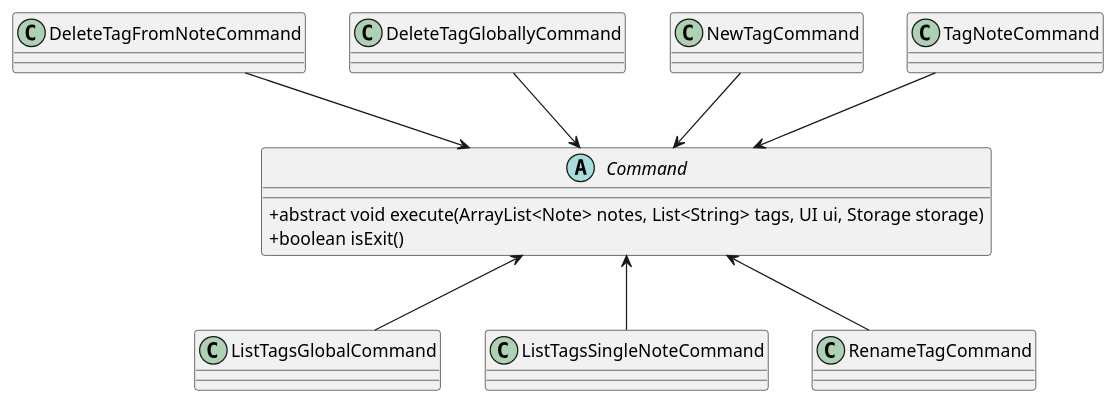
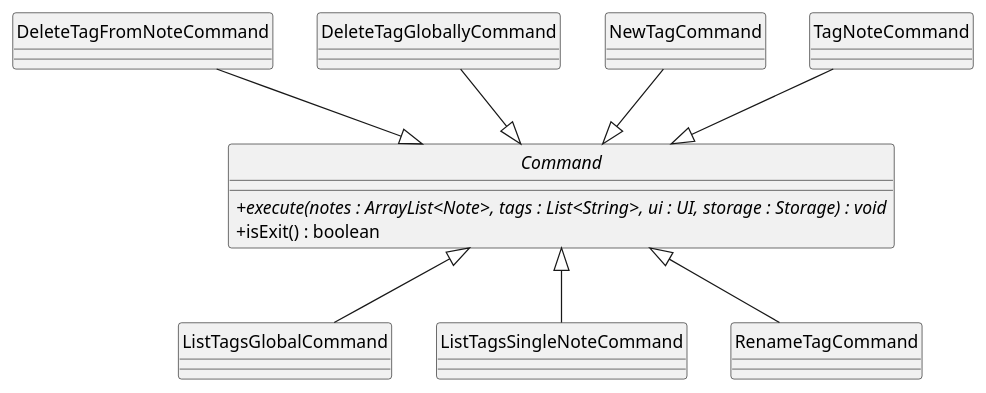
The diagram in docs/diagrams/TagCommands.puml (shauntsr/tp), drawn with PlantUML before and after one commit. The commit also changed 10 other files, not shown here.

```diff
--- a/docs/diagrams/TagCommands.puml
+++ b/docs/diagrams/TagCommands.puml
@@ -1,24 +1,24 @@
 @startuml TagCommands
 skinparam classAttributeIconSize 0
-
+hide circle
 abstract class Command {
-    + abstract void execute(ArrayList<Note> notes, List<String> tags, UI ui, Storage storage) 
-    + boolean isExit()
+    + {abstract} execute(notes : ArrayList<Note>, tags : List<String>, ui : UI, storage : Storage) : void
+    + isExit() : boolean
 }
 
 class DeleteTagFromNoteCommand
 class DeleteTagGloballyCommand
 class ListTagsGlobalCommand
 class ListTagsSingleNoteCommand
 class NewTagCommand
 class RenameTagCommand
 class TagNoteCommand
 
-DeleteTagFromNoteCommand -down-> Command
-DeleteTagGloballyCommand -down-> Command
-ListTagsSingleNoteCommand -up-> Command
-NewTagCommand -down-> Command
-RenameTagCommand -up-> Command
-TagNoteCommand -down-> Command
-ListTagsGlobalCommand -up-> Command
+DeleteTagFromNoteCommand -down-|> Command
+DeleteTagGloballyCommand -down-|> Command
+ListTagsSingleNoteCommand -up-|> Command
+NewTagCommand -down-|> Command
+RenameTagCommand -up-|> Command
+TagNoteCommand -down-|> Command
+ListTagsGlobalCommand -up-|> Command
 @enduml
```
